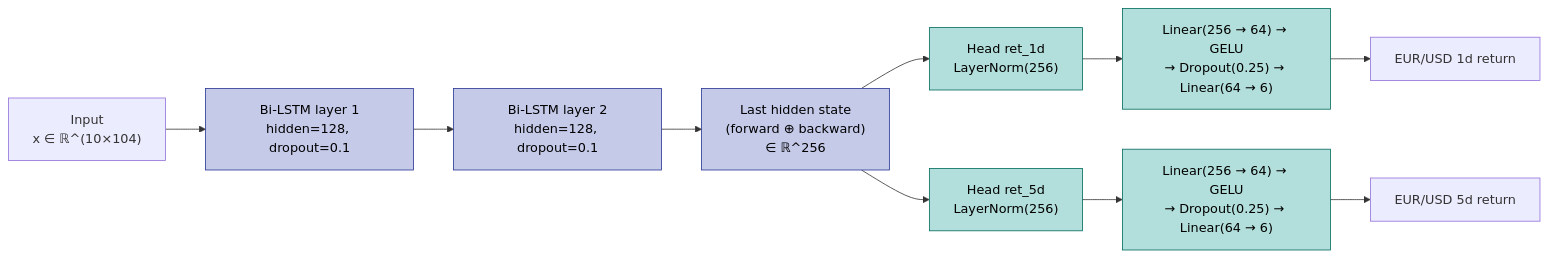
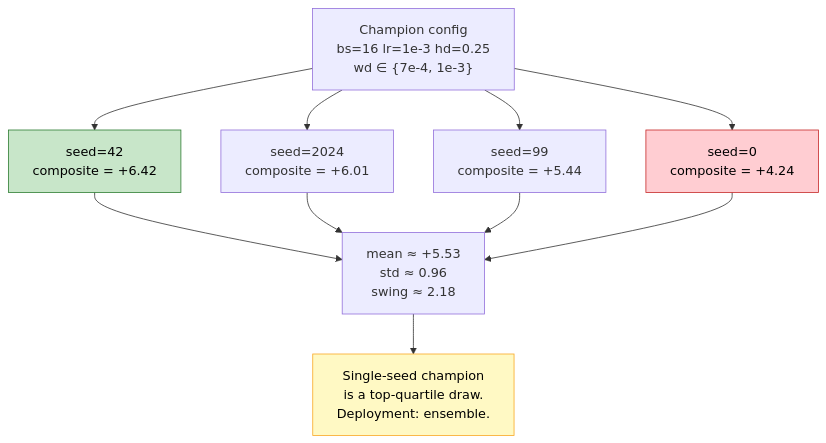
Before and after one commit to dlmastery/autoresearch: the fifth of 7 diagrams in autoresearch/autoresearch_results/medium_article.md, drawn with Mermaid. The commit also changed other lines of this file and 4 other files, not shown here.

````diff
--- a/autoresearch/autoresearch_results/medium_article.md
+++ b/autoresearch/autoresearch_results/medium_article.md
@@ -315,17 +305,22 @@
 ```mermaid
-flowchart LR
-    X["Input<br/>x ∈ ℝ^(10×104)"] --> L1["Bi-LSTM layer 1<br/>hidden=128, dropout=0.1"]
-    L1 --> L2["Bi-LSTM layer 2<br/>hidden=128, dropout=0.1"]
-    L2 --> LH["Last hidden state<br/>(forward ⊕ backward)<br/>∈ ℝ^256"]
-    LH --> N1["Head ret_1d<br/>LayerNorm(256)"]
-    LH --> N5["Head ret_5d<br/>LayerNorm(256)"]
-    N1 --> D1["Linear(256 → 64) → GELU<br/>→ Dropout(0.25) → Linear(64 → 6)"]
-    N5 --> D5["Linear(256 → 64) → GELU<br/>→ Dropout(0.25) → Linear(64 → 6)"]
-    D1 --> O1["EUR/USD 1d return"]
-    D5 --> O5["EUR/USD 5d return"]
+flowchart TD
+    A["Champion config<br/>bs=16 lr=1e-3 hd=0.25<br/>wd ∈ {7e-4, 1e-3}"]
+    A --> S42["seed=42<br/>composite = +6.42"]
+    A --> S2024["seed=2024<br/>composite = +6.01"]
+    A --> S99["seed=99<br/>composite = +5.44"]
+    A --> S0["seed=0<br/>composite = +4.24"]
 
-    classDef lstm fill:#c5cae9,stroke:#283593,color:#000
-    classDef head fill:#b2dfdb,stroke:#00695c,color:#000
-    class L1,L2,LH lstm
-    class N1,N5,D1,D5 head
+    S42 --> M["mean ≈ +5.53<br/>std ≈ 0.96<br/>swing ≈ 2.18"]
+    S2024 --> M
+    S99 --> M
+    S0 --> M
+
+    M --> C["Single-seed champion<br/>is a top-quartile draw.<br/>Deployment: ensemble."]
+
+    classDef best fill:#c8e6c9,stroke:#2e7d32,color:#000
+    classDef worst fill:#ffcdd2,stroke:#c62828,color:#000
+    classDef conclusion fill:#fff9c4,stroke:#f9a825,color:#000
+    class S42 best
+    class S0 worst
+    class C conclusion
 ```
````
